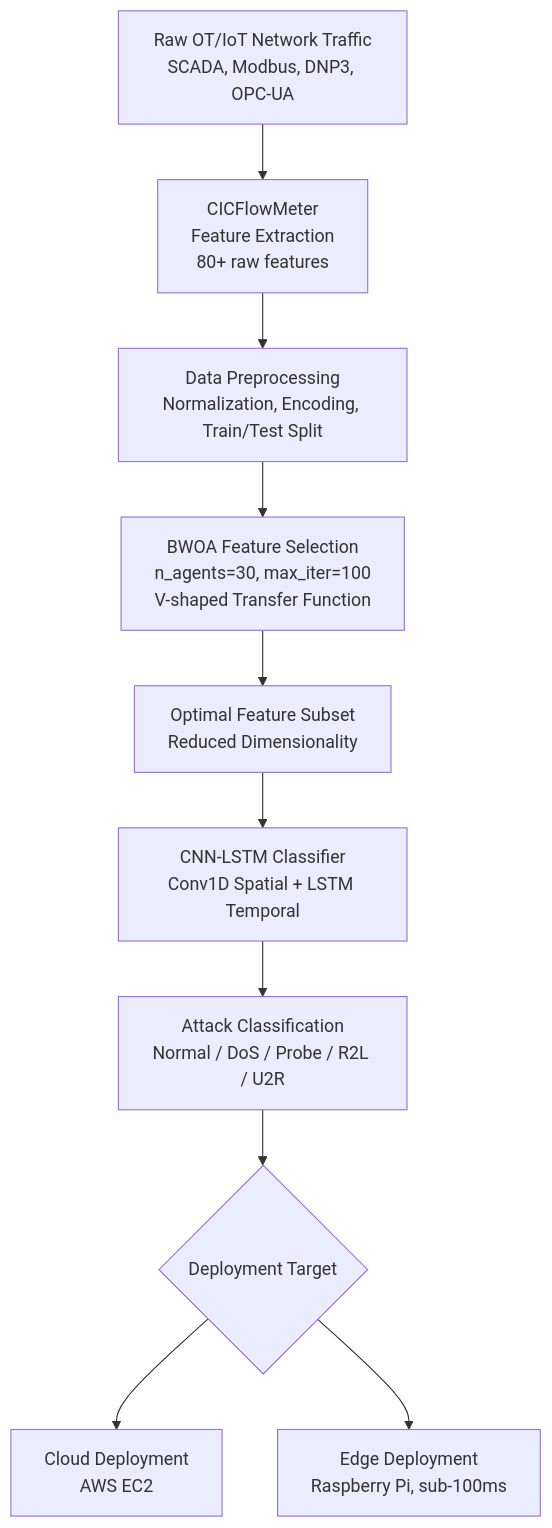
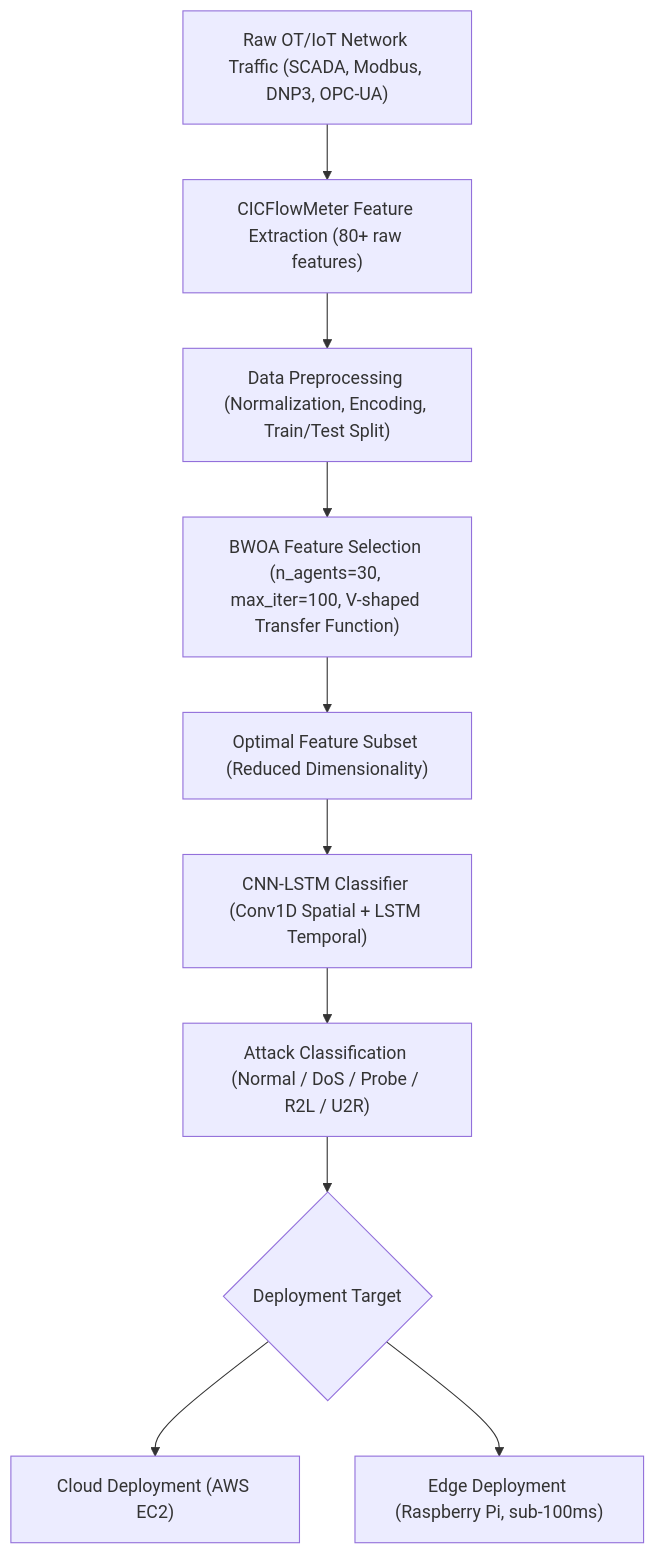
Before and after one commit to mhiskall282/unesco-project: the first of 2 diagrams in docs/architecture.md, drawn with Mermaid. The commit also changed other lines of this file and 2 other files, not shown here.

Commit message:
docs: secure all flowchart Mermaid diagrams with proper quoting and compatibility layouts

````diff
--- a/docs/architecture.md
+++ b/docs/architecture.md
@@ -10,12 +10,12 @@
 ```mermaid
 flowchart TD
-    A[Raw OT/IoT Network Traffic\nSCADA, Modbus, DNP3, OPC-UA] --> B[CICFlowMeter\nFeature Extraction\n80+ raw features]
-    B --> C[Data Preprocessing\nNormalization, Encoding, Train/Test Split]
-    C --> D[BWOA Feature Selection\nn_agents=30, max_iter=100\nV-shaped Transfer Function]
-    D --> E[Optimal Feature Subset\nReduced Dimensionality]
-    E --> F[CNN-LSTM Classifier\nConv1D Spatial + LSTM Temporal]
-    F --> G[Attack Classification\nNormal / DoS / Probe / R2L / U2R]
-    G --> H{Deployment Target}
-    H --> I[Cloud Deployment\nAWS EC2]
-    H --> J[Edge Deployment\nRaspberry Pi, sub-100ms]
+    A["Raw OT/IoT Network Traffic (SCADA, Modbus, DNP3, OPC-UA)"] --> B["CICFlowMeter Feature Extraction (80+ raw features)"]
+    B --> C["Data Preprocessing (Normalization, Encoding, Train/Test Split)"]
+    C --> D["BWOA Feature Selection (n_agents=30, max_iter=100, V-shaped Transfer Function)"]
+    D --> E["Optimal Feature Subset (Reduced Dimensionality)"]
+    E --> F["CNN-LSTM Classifier (Conv1D Spatial + LSTM Temporal)"]
+    F --> G["Attack Classification (Normal / DoS / Probe / R2L / U2R)"]
+    G --> H{"Deployment Target"}
+    H --> I["Cloud Deployment (AWS EC2)"]
+    H --> J["Edge Deployment (Raspberry Pi, sub-100ms)"]
 ```
````
